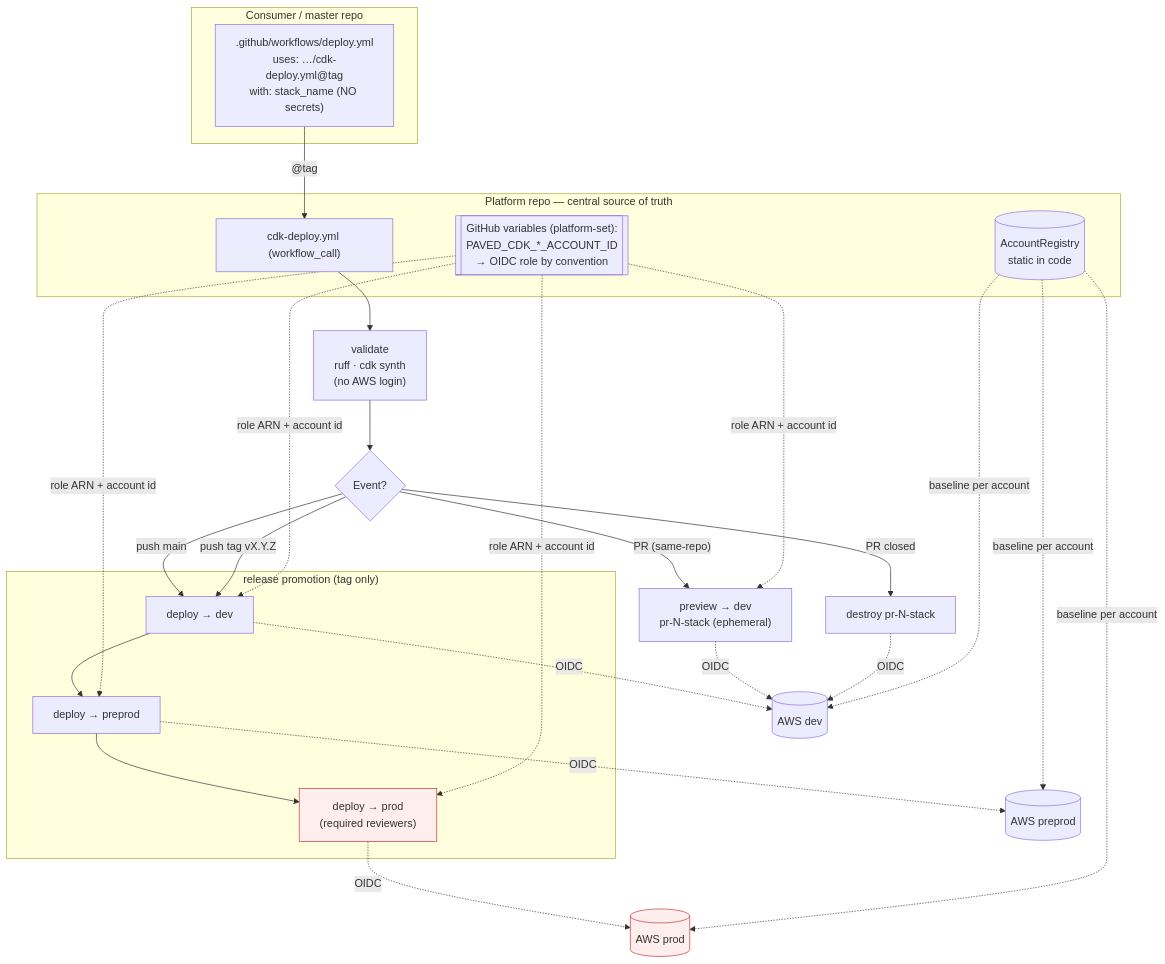
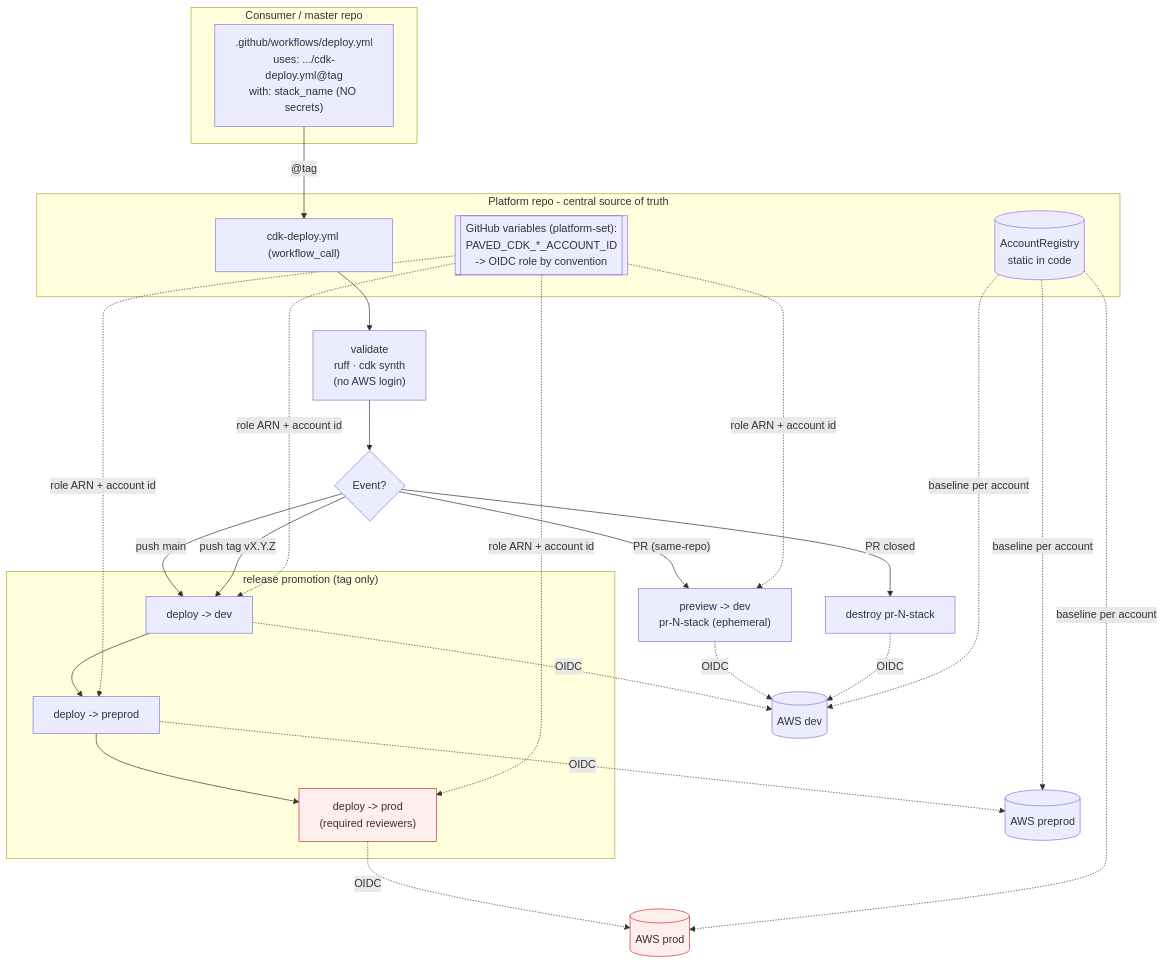
Before and after one commit to michaelfecher/paved-cdk: the sixth of 10 diagrams in docs/architecture.md, drawn with Mermaid. The commit also changed other lines of this file and 42 other files, not shown here.

Commit message:
docs: normalize typography to ASCII (no em-dashes, arrows, curly quotes); fix stale test count; regenerate diagrams

````diff
--- a/docs/architecture.md
+++ b/docs/architecture.md
@@ -283,36 +283,36 @@
 ```mermaid
 flowchart TB
   subgraph consumer["Consumer / master repo"]
-    THIN[".github/workflows/deploy.yml<br/>uses: …/cdk-deploy.yml@tag<br/>with: stack_name (NO secrets)"]
+    THIN[".github/workflows/deploy.yml<br/>uses: .../cdk-deploy.yml@tag<br/>with: stack_name (NO secrets)"]
   end
 
-  subgraph platform["Platform repo — central source of truth"]
+  subgraph platform["Platform repo - central source of truth"]
     RW["cdk-deploy.yml (workflow_call)"]
     REG[(AccountRegistry<br/>static in code)]
-    VARS[["GitHub variables (platform-set):<br/>PAVED_CDK_*_ACCOUNT_ID<br/>→ OIDC role by convention"]]
+    VARS[["GitHub variables (platform-set):<br/>PAVED_CDK_*_ACCOUNT_ID<br/>-> OIDC role by convention"]]
   end
 
   THIN -->|"@tag"| RW
   RW --> V["validate<br/>ruff · cdk synth<br/>(no AWS login)"]
   V --> D{"Event?"}
 
-  D -- "PR (same-repo)" --> PV["preview → dev<br/>pr-N-stack (ephemeral)"]
+  D -- "PR (same-repo)" --> PV["preview -> dev<br/>pr-N-stack (ephemeral)"]
   D -- "PR closed" --> PD["destroy pr-N-stack"]
   D -- "push main" --> DEV
   D -- "push tag vX.Y.Z" --> DEV
 
   subgraph stages["release promotion (tag only)"]
-    DEV["deploy → dev"] --> PRE["deploy → preprod"] --> PROD["deploy → prod<br/>(required reviewers)"]
+    DEV["deploy -> dev"] --> PRE["deploy -> preprod"] --> PROD["deploy -> prod<br/>(required reviewers)"]
   end
 
   PV -.OIDC.-> ADEV[(AWS dev)]
   PD -.OIDC.-> ADEV
   DEV -.OIDC.-> ADEV
   PRE -.OIDC.-> APRE[(AWS preprod)]
   PROD -.OIDC.-> APROD[(AWS prod)]
   VARS -.role ARN + account id.-> DEV & PRE & PROD & PV
   REG -.baseline per account.-> ADEV & APRE & APROD
 
   classDef prod fill:#fee,stroke:#c33
   class PROD,APROD prod
 ```
````
